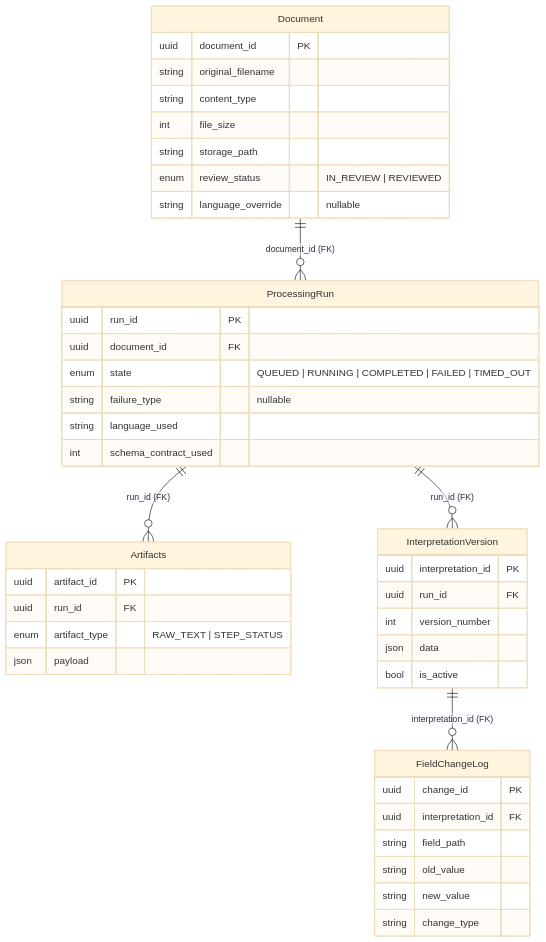
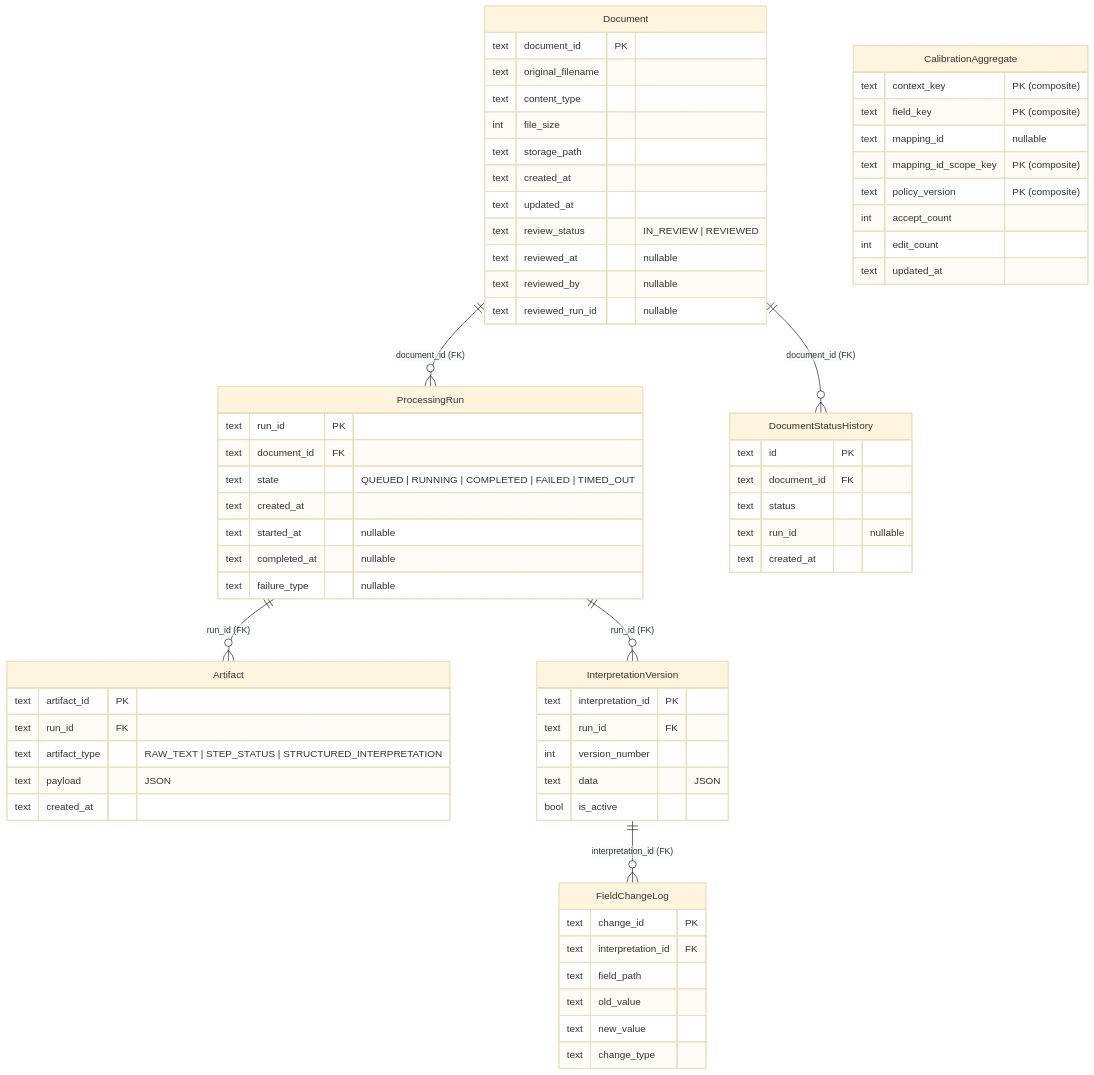
Before and after one commit to isilionisilme/veterinary-medical-records: the eighth of 8 diagrams in docs/projects/veterinary-medical-records/02-tech/technical-design.md, drawn with Mermaid (base theme). The commit also changed other lines of this file and 22 other files, not shown here.

````diff
--- a/docs/projects/veterinary-medical-records/02-tech/technical-design.md
+++ b/docs/projects/veterinary-medical-records/02-tech/technical-design.md
@@ -1144,46 +1247,70 @@
 ```mermaid
 erDiagram
     Document ||--o{ ProcessingRun : "document_id (FK)"
-    ProcessingRun ||--o{ Artifacts : "run_id (FK)"
+    Document ||--o{ DocumentStatusHistory : "document_id (FK)"
+    ProcessingRun ||--o{ Artifact : "run_id (FK)"
     ProcessingRun ||--o{ InterpretationVersion : "run_id (FK)"
     InterpretationVersion ||--o{ FieldChangeLog : "interpretation_id (FK)"
 
     Document {
-        uuid document_id PK
-        string original_filename
-        string content_type
+        text document_id PK
+        text original_filename
+        text content_type
         int file_size
-        string storage_path
-        enum review_status "IN_REVIEW | REVIEWED"
-        string language_override "nullable"
+        text storage_path
+        text created_at
+        text updated_at
+        text review_status "IN_REVIEW | REVIEWED"
+        text reviewed_at "nullable"
+        text reviewed_by "nullable"
+        text reviewed_run_id "nullable"
+    }
+    DocumentStatusHistory {
+        text id PK
+        text document_id FK
+        text status
+        text run_id "nullable"
+        text created_at
     }
     ProcessingRun {
-        uuid run_id PK
-        uuid document_id FK
-        enum state "QUEUED | RUNNING | COMPLETED | FAILED | TIMED_OUT"
-        string failure_type "nullable"
-        string language_used
-        int schema_contract_used
+        text run_id PK
+        text document_id FK
+        text state "QUEUED | RUNNING | COMPLETED | FAILED | TIMED_OUT"
+        text created_at
+        text started_at "nullable"
+        text completed_at "nullable"
+        text failure_type "nullable"
     }
-    Artifacts {
-        uuid artifact_id PK
-        uuid run_id FK
-        enum artifact_type "RAW_TEXT | STEP_STATUS"
-        json payload
+    Artifact {
+        text artifact_id PK
+        text run_id FK
+        text artifact_type "RAW_TEXT | STEP_STATUS | STRUCTURED_INTERPRETATION"
+        text payload "JSON"
+        text created_at
     }
     InterpretationVersion {
-        uuid interpretation_id PK
-        uuid run_id FK
+        text interpretation_id PK
+        text run_id FK
         int version_number
-        json data
+        text data "JSON"
         bool is_active
     }
     FieldChangeLog {
-        uuid change_id PK
-        uuid interpretation_id FK
-        string field_path
-        string old_value
-        string new_value
-        string change_type
+        text change_id PK
+        text interpretation_id FK
+        text field_path
+        text old_value
+        text new_value
+        text change_type
+    }
+    CalibrationAggregate {
+        text context_key "PK (composite)"
+        text field_key "PK (composite)"
+        text mapping_id "nullable"
+        text mapping_id_scope_key "PK (composite)"
+        text policy_version "PK (composite)"
+        int accept_count
+        int edit_count
+        text updated_at
     }
 ```
````
